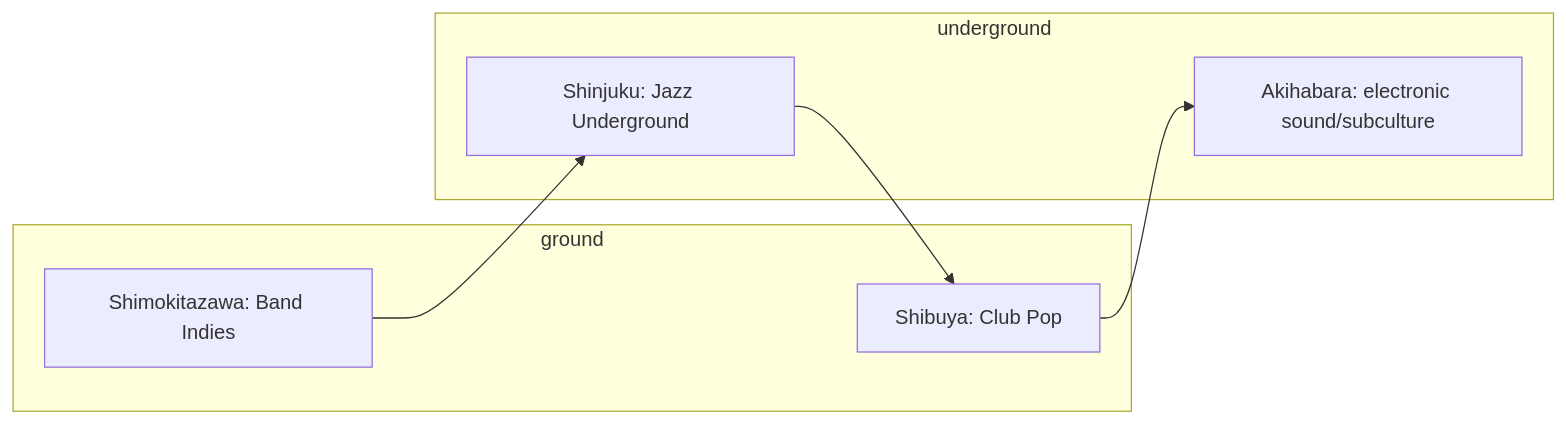
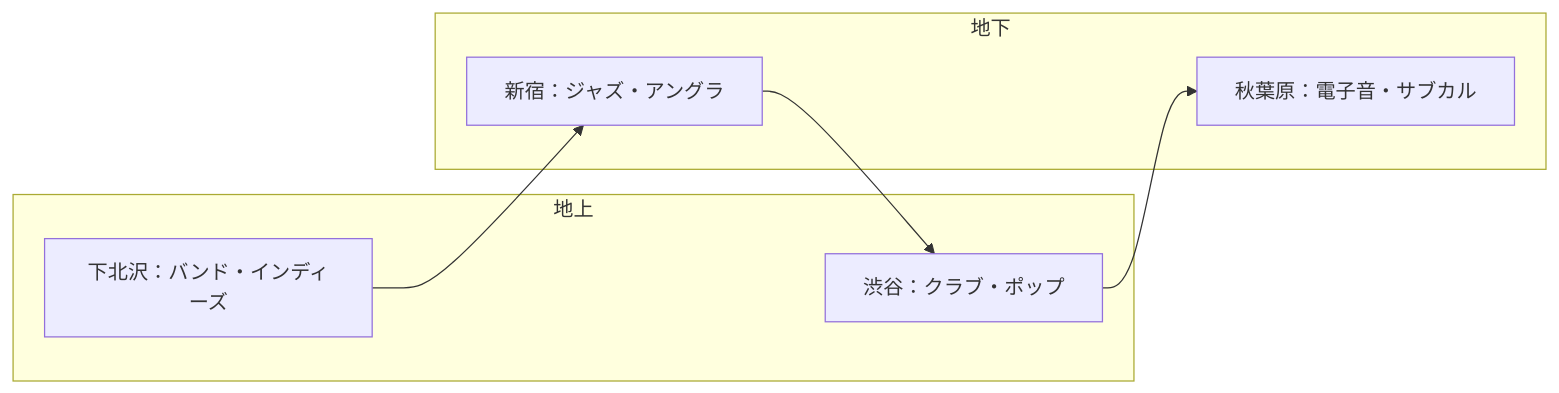
One commit to monumental-movement/monumental-movement.github.io changed the second of 2 diagrams in en/_posts/2025-10-23-column-tokyo-sound-layers.md. Above: the diagram before and after it, drawn with Mermaid. The commit also changed other lines of this file and 1701 other files, not shown here.

```diff
--- a/en/_posts/2025-10-23-column-tokyo-sound-layers.md
+++ b/en/_posts/2025-10-23-column-tokyo-sound-layers.md
@@ -152,17 +149,17 @@
 <div class="mermaid">
 
 graph LR
-subgraph ground
-Shibuya["Shibuya: Club Pop"]
-Shimokita["Shimokitazawa: Band Indies"]
-end
-subgraph underground
-Shinjuku["Shinjuku: Jazz Underground"]
-Akiba["Akihabara: electronic sound/subculture"]
-end
+    subgraph 地上
+        Shibuya["渋谷：クラブ・ポップ"]
+        Shimokita["下北沢：バンド・インディーズ"]
+    end
+    subgraph 地下
+        Shinjuku["新宿：ジャズ・アングラ"]
+        Akiba["秋葉原：電子音・サブカル"]
+    end
 
-Shibuya --> Akiba
-Shimokita --> Shinjuku
-Shinjuku --> Shibuya
+    Shibuya --> Akiba
+    Shimokita --> Shinjuku
+    Shinjuku --> Shibuya
 
 </div>
```
